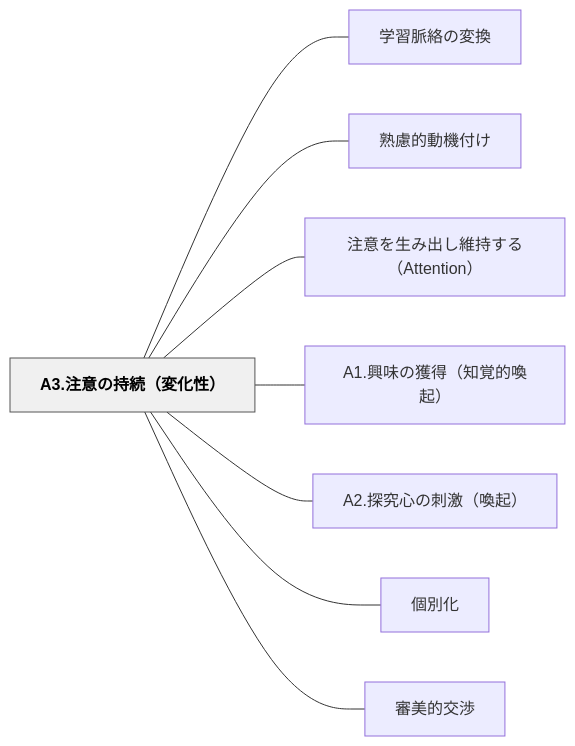
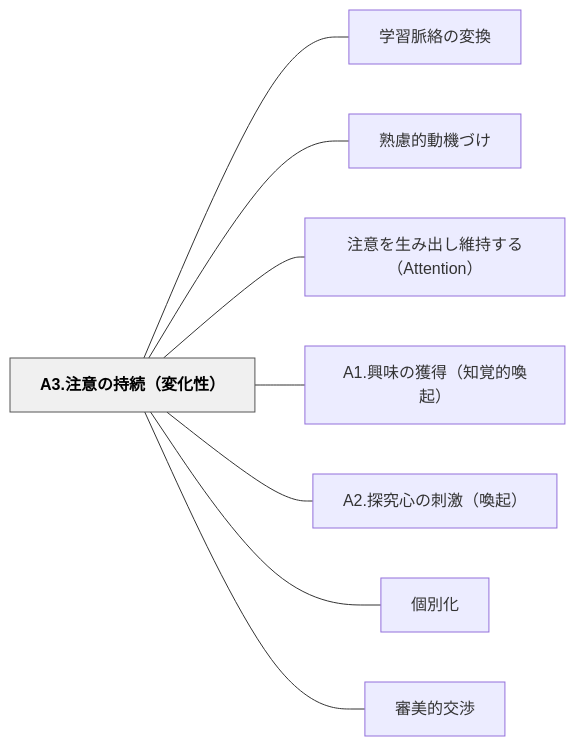
The diagram in content/パタン/A3.注意の持続（変化性）.md (unknownthings-ed-patterns/unknownthings-ed-patterns), drawn with Mermaid before and after one commit. The commit also changed other lines of this file and 234 other files, not shown here.

````diff
--- a/content/パタン/A3.注意の持続（変化性）.md
+++ b/content/パタン/A3.注意の持続（変化性）.md
@@ -67,22 +67,22 @@
 ```mermaid
 flowchart LR
     n41332ee6b3a8e6848fe381aee68c81e7b69aefbc88e5a489e58c96e680a7efbc89["A3.注意の持続（変化性）"]
     ne5ada6e7bf92e88488e7b5a1e381aee5a489e68f9b["学習脈絡の変換"]
-    ne7869fe685aee79a84e58b95e6a99fe4bb98e38191["熟慮的動機付け"]
+    ne7869fe685aee79a84e58b95e6a99fe381a5e38191["熟慮的動機づけ"]
     ne6b3a8e6848fe38292e7949fe381bfe587bae38197e7b6ade68c81e38199e3828befbc88417474656e74696f6eefbc89["注意を生み出し維持する（Attention）"]
     n41312ee88888e591b3e381aee78db2e5be97efbc88e79fa5e8a69ae79a84e5969ae8b5b7efbc89["A1.興味の獲得（知覚的喚起）"]
     n41322ee68ea2e7a9b6e5bf83e381aee588bae6bf80efbc88e5969ae8b5b7efbc89["A2.探究心の刺激（喚起）"]
     ne5808be588a5e58c96["個別化"]
     ne5afa9e7be8ee79a84e4baa4e6b889["審美的交渉"]
 
     n41332ee6b3a8e6848fe381aee68c81e7b69aefbc88e5a489e58c96e680a7efbc89 --- ne5ada6e7bf92e88488e7b5a1e381aee5a489e68f9b
-    n41332ee6b3a8e6848fe381aee68c81e7b69aefbc88e5a489e58c96e680a7efbc89 --- ne7869fe685aee79a84e58b95e6a99fe4bb98e38191
+    n41332ee6b3a8e6848fe381aee68c81e7b69aefbc88e5a489e58c96e680a7efbc89 --- ne7869fe685aee79a84e58b95e6a99fe381a5e38191
     n41332ee6b3a8e6848fe381aee68c81e7b69aefbc88e5a489e58c96e680a7efbc89 --- ne6b3a8e6848fe38292e7949fe381bfe587bae38197e7b6ade68c81e38199e3828befbc88417474656e74696f6eefbc89
     n41332ee6b3a8e6848fe381aee68c81e7b69aefbc88e5a489e58c96e680a7efbc89 --- n41312ee88888e591b3e381aee78db2e5be97efbc88e79fa5e8a69ae79a84e5969ae8b5b7efbc89
     n41332ee6b3a8e6848fe381aee68c81e7b69aefbc88e5a489e58c96e680a7efbc89 --- n41322ee68ea2e7a9b6e5bf83e381aee588bae6bf80efbc88e5969ae8b5b7efbc89
     n41332ee6b3a8e6848fe381aee68c81e7b69aefbc88e5a489e58c96e680a7efbc89 --- ne5808be588a5e58c96
     n41332ee6b3a8e6848fe381aee68c81e7b69aefbc88e5a489e58c96e680a7efbc89 --- ne5afa9e7be8ee79a84e4baa4e6b889
 
     classDef hub fill:#f0f0f0,stroke:#555,color:#000,font-weight:bold
     class n41332ee6b3a8e6848fe381aee68c81e7b69aefbc88e5a489e58c96e680a7efbc89 hub
 ```
````
